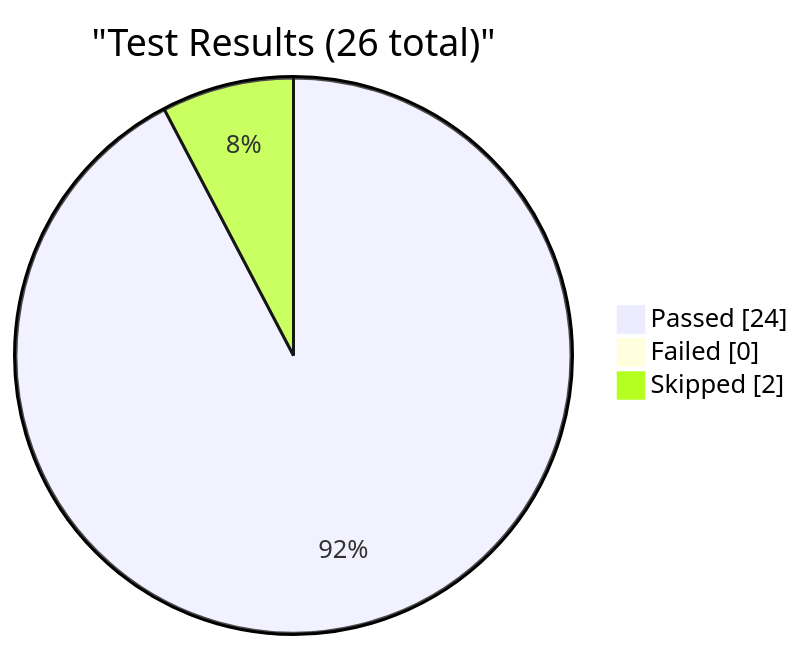
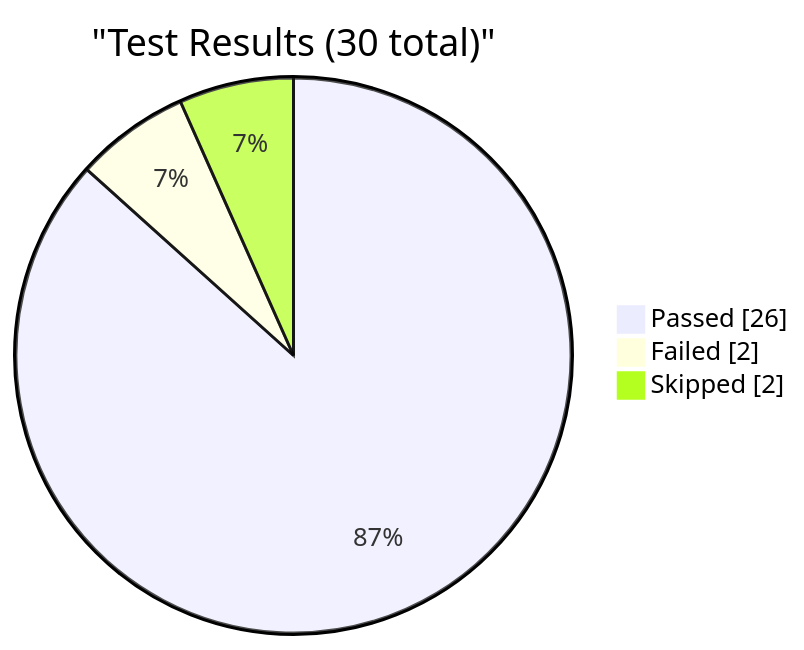
The first of 4 diagrams in reports/dashboard.md (EliteaAI/onetest-ai-tm-Elitea), drawn with Mermaid before and after one commit. The commit also changed other lines of this file and 1 other file, not shown here.

Commit message:
dashboard: update test metrics for RUN-ELITEA-2026-09-24-197-DEV-STABLE-SMOKE-ARTIFACTS-SCHEDULED-FAILED

````diff
--- a/reports/dashboard.md
+++ b/reports/dashboard.md
@@ -9,7 +9,7 @@
 ```mermaid
 pie showData
-    title "Test Results (26 total)"
-    "Passed" : 24
-    "Failed" : 0
+    title "Test Results (30 total)"
+    "Passed" : 26
+    "Failed" : 2
     "Skipped" : 2
 ```
````
